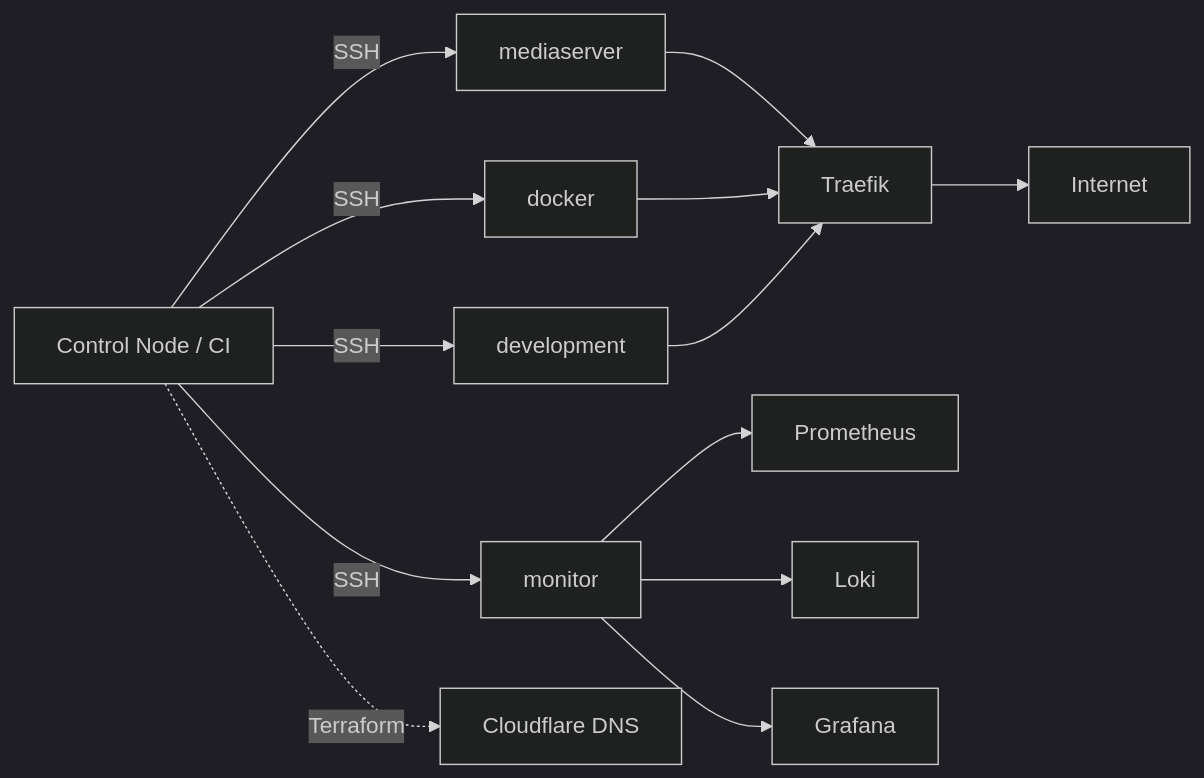
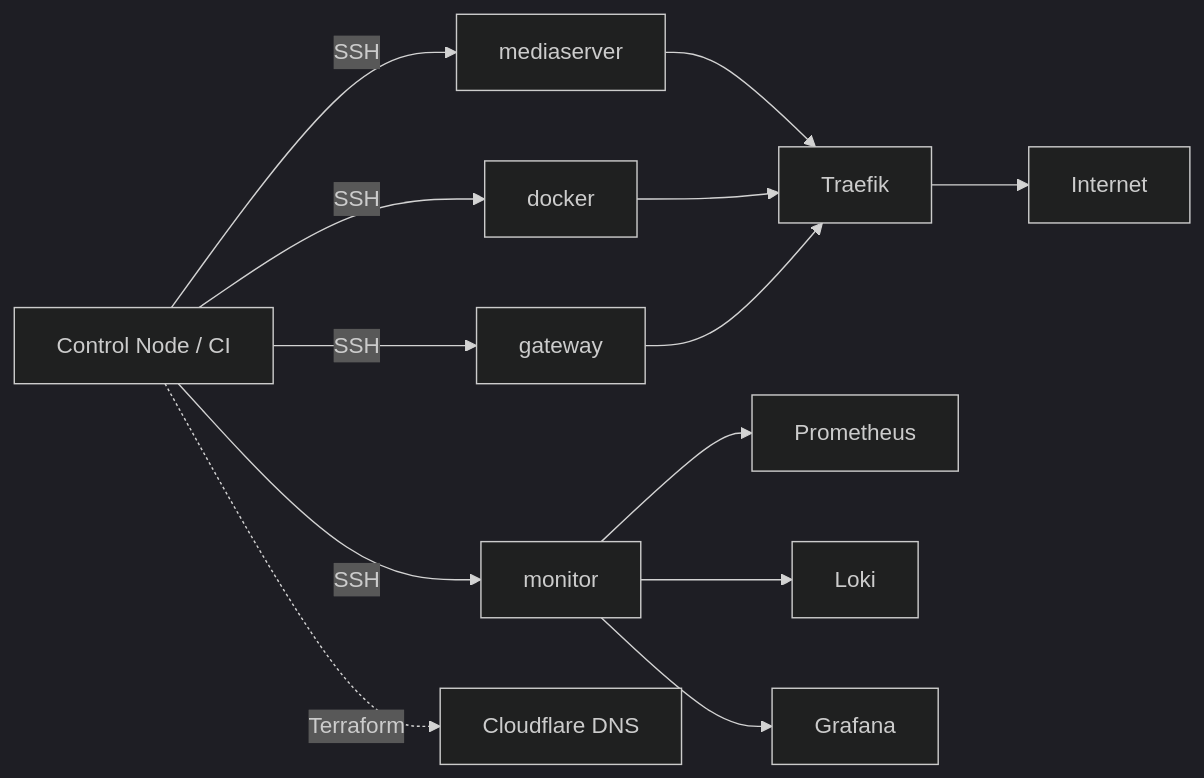
One commit to BenSuskins/homelab changed the diagram in docs/ARCHITECTURE.md. Above: the diagram before and after it, drawn with Mermaid (dark theme). The commit also changed other lines of this file and 11 other files, not shown here.

First line of the commit message:
Rename development to gateway and resize two VMs (#235)

````diff
--- a/docs/ARCHITECTURE.md
+++ b/docs/ARCHITECTURE.md
@@ -15,15 +15,15 @@
 ```mermaid
 flowchart LR
     Control[Control Node / CI] -->|SSH| Media[mediaserver]
     Control -->|SSH| Docker[docker]
-    Control -->|SSH| Dev[development]
+    Control -->|SSH| Gateway[gateway]
     Control -->|SSH| Monitor[monitor]
     Media --> Traefik
     Docker --> Traefik
-    Dev --> Traefik
+    Gateway --> Traefik
     Traefik --> Internet
     Monitor --> Prometheus
     Monitor --> Loki
     Monitor --> Grafana
     Control -.->|Terraform| CF[Cloudflare DNS]
 ```
````
